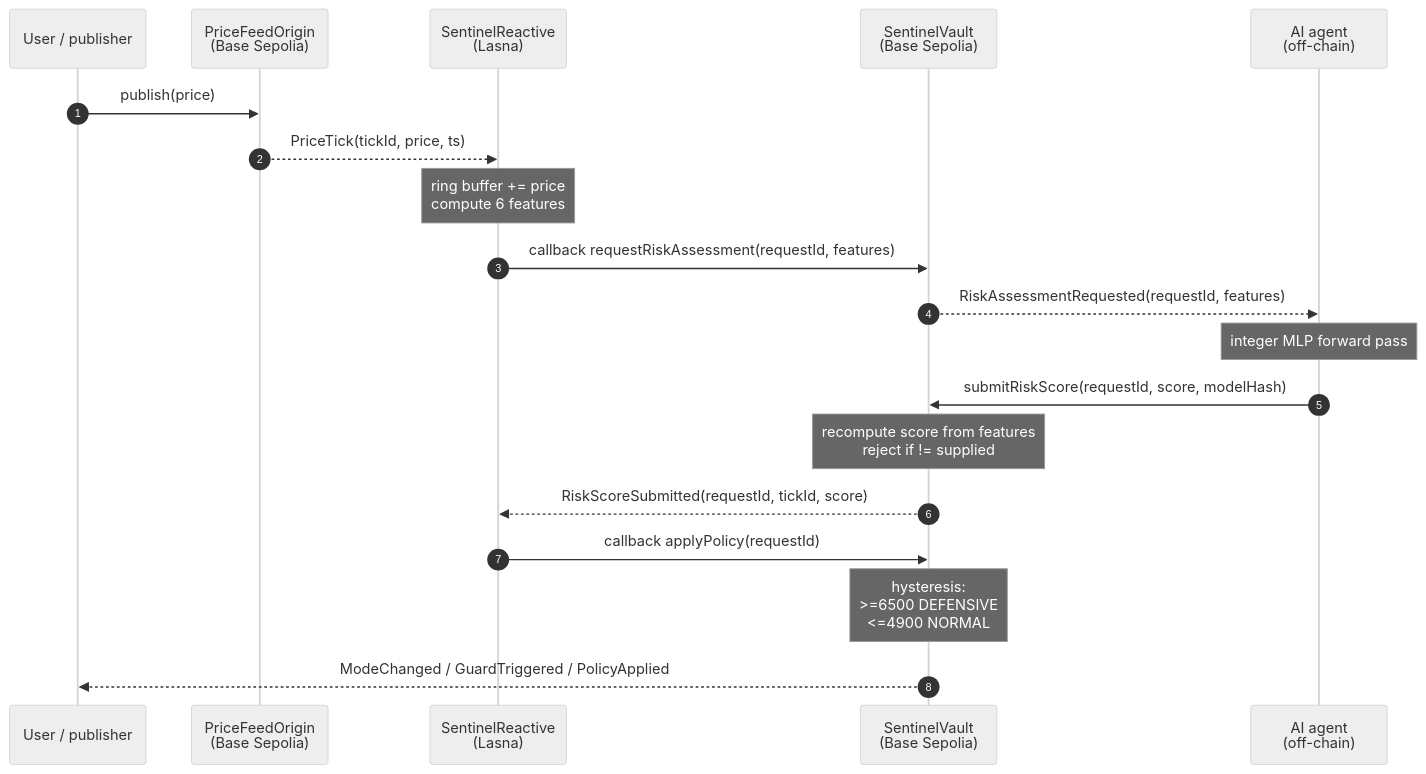
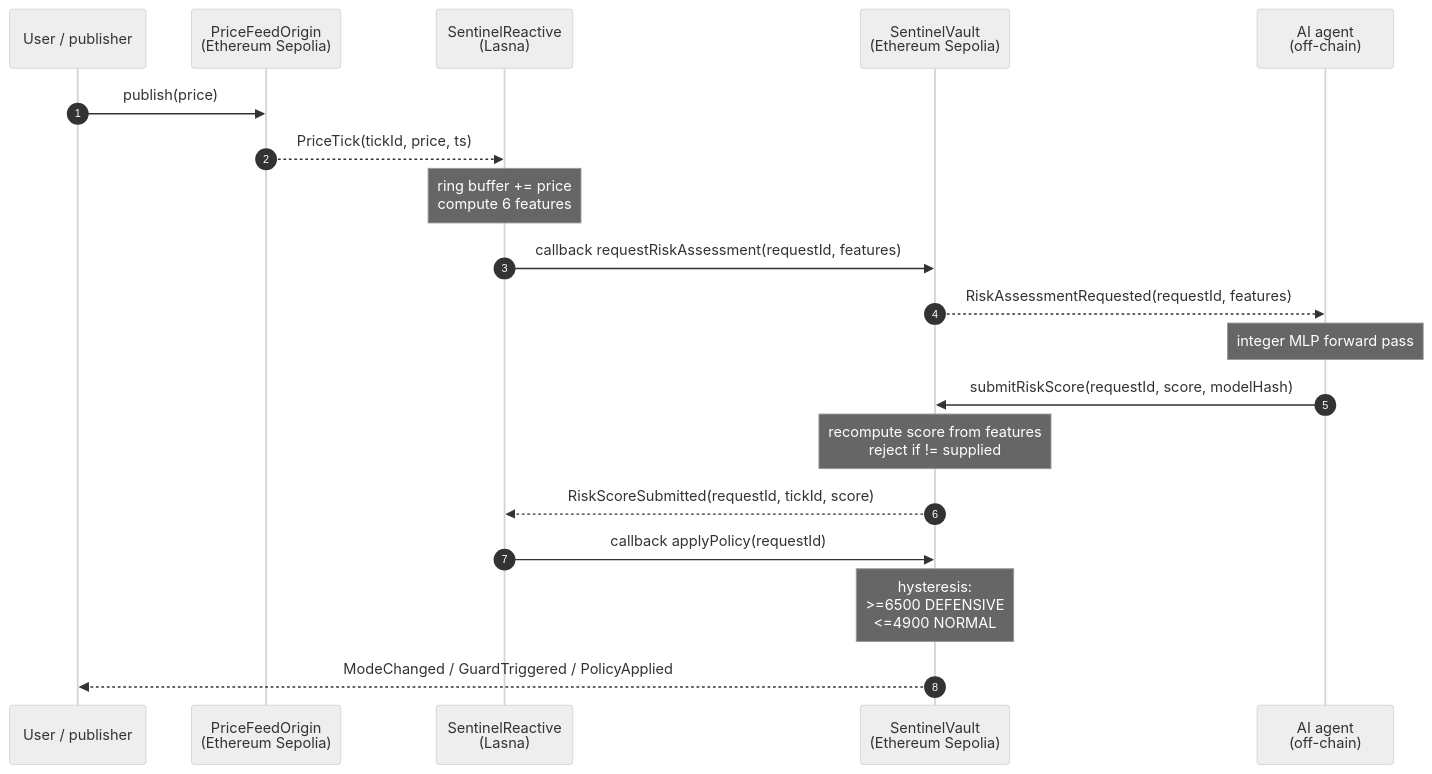
Before and after one commit to matrixneoaiagent/reactive-omni-sentinel: the diagram in docs/ARCHITECTURE.md, drawn with Mermaid (neutral theme). The commit also changed other lines of this file and 24 other files, not shown here.

Commit message:
feat: Ethereum Sepolia origin support + Sepolia path tests

````diff
--- a/docs/ARCHITECTURE.md
+++ b/docs/ARCHITECTURE.md
@@ -5,22 +5,22 @@
 ```mermaid
 sequenceDiagram
     autonumber
     participant U as User / publisher
-    participant F as PriceFeedOrigin<br/>(Base Sepolia)
+    participant F as PriceFeedOrigin<br/>(Ethereum Sepolia)
     participant R as SentinelReactive<br/>(Lasna)
-    participant V as SentinelVault<br/>(Base Sepolia)
+    participant V as SentinelVault<br/>(Ethereum Sepolia)
     participant A as AI agent<br/>(off-chain)
 
     U->>F: publish(price)
     F-->>R: PriceTick(tickId, price, ts)
     Note over R: ring buffer += price<br/>compute 6 features
     R->>V: callback requestRiskAssessment(requestId, features)
     V-->>A: RiskAssessmentRequested(requestId, features)
     Note over A: integer MLP forward pass
     A->>V: submitRiskScore(requestId, score, modelHash)
     Note over V: recompute score from features<br/>reject if != supplied
     V-->>R: RiskScoreSubmitted(requestId, tickId, score)
     R->>V: callback applyPolicy(requestId)
     Note over V: hysteresis:<br/>>=6500 DEFENSIVE<br/><=4900 NORMAL
     V-->>U: ModeChanged / GuardTriggered / PolicyApplied
 ```
````
